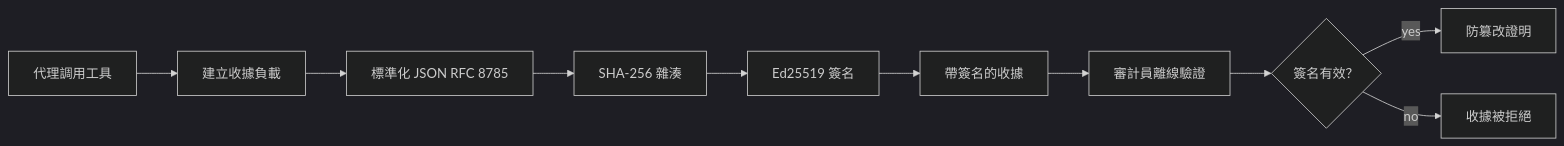
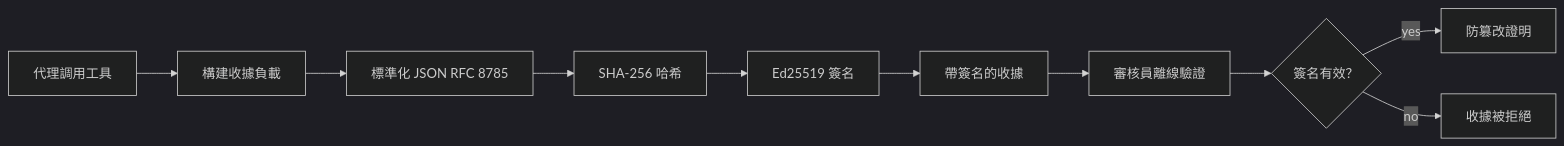
One commit to gabrielmoreira/agent-skills-mirror changed the first of 2 diagrams in mirrors/repos/microsoft@ai-agents-for-beginners/translations/zh-HK/18-securing-ai-agents/README.md. Above: the diagram before and after it, drawn with Mermaid (dark theme). The commit also changed other lines of this file and 8886 other files, not shown here.

````diff
--- a/mirrors/repos/microsoft@ai-agents-for-beginners/translations/zh-HK/18-securing-ai-agents/README.md
+++ b/mirrors/repos/microsoft@ai-agents-for-beginners/translations/zh-HK/18-securing-ai-agents/README.md
@@ -51,12 +51,12 @@
 ```mermaid
 flowchart LR
-    A[代理調用工具] --> B[建立收據負載]
+    A[代理調用工具] --> B[構建收據負載]
     B --> C[標準化 JSON RFC 8785]
-    C --> D[SHA-256 雜湊]
+    C --> D[SHA-256 哈希]
     D --> E[Ed25519 簽名]
     E --> F[帶簽名的收據]
-    F --> G[審計員離線驗證]
+    F --> G[審核員離線驗證]
     G --> H{簽名有效？}
     H -- yes --> I[防篡改證明]
     H -- no --> J[收據被拒絕]
 ```
````
